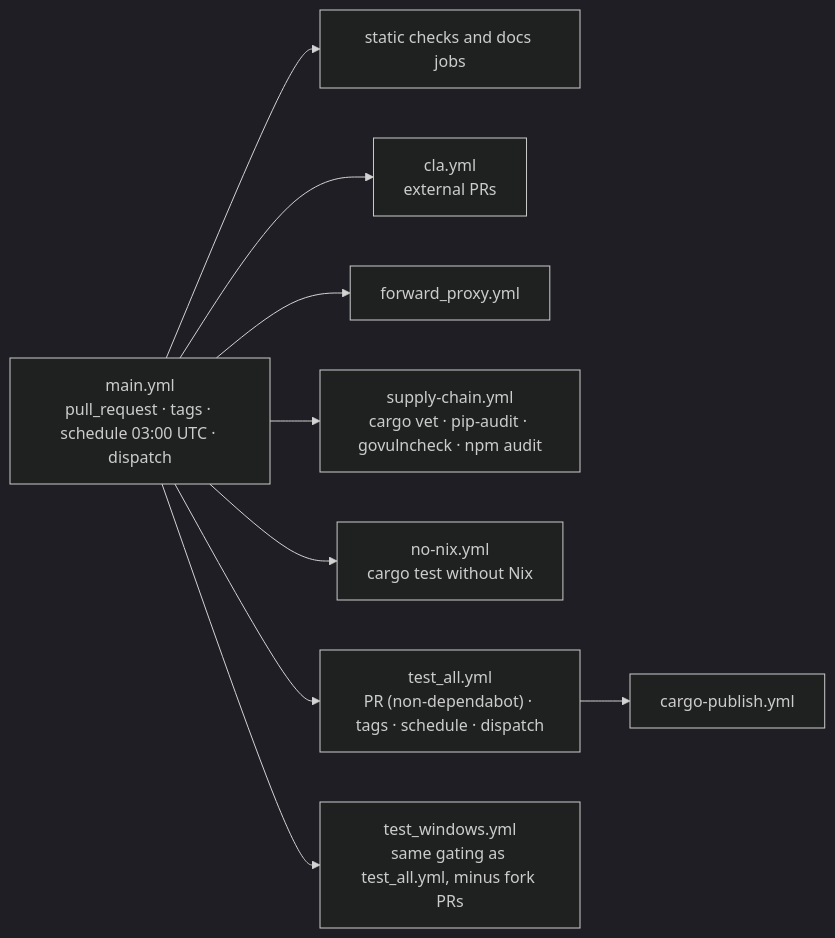
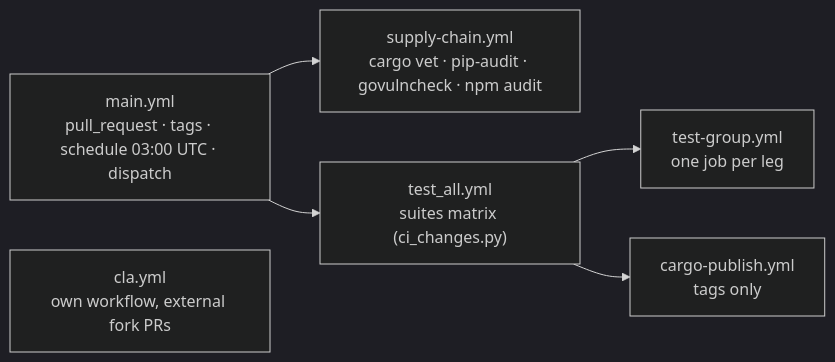
One commit to Cosmian/kms changed the first of 3 diagrams in .github/workflows/README_main.md. Above: the diagram before and after it, drawn with Mermaid (dark theme). The commit also changed other lines of this file and 19 other files, not shown here.

First line of the commit message:
ci: run every unit as a leg of one test-suites matrix, selected by ci-paths.toml

````diff
--- a/.github/workflows/README_main.md
+++ b/.github/workflows/README_main.md
@@ -18,15 +18,12 @@
 ```mermaid
 flowchart LR
     Main["main.yml<br/>pull_request · tags · schedule 03:00 UTC · dispatch"]
-    Static["static checks and docs jobs"]
-    Cla["cla.yml<br/>external PRs"]
-    Proxy["forward_proxy.yml"]
+    Cla["cla.yml<br/>own workflow, external fork PRs"]
     Supply["supply-chain.yml<br/>cargo vet · pip-audit · govulncheck · npm audit"]
-    NoNixWf["no-nix.yml<br/>cargo test without Nix"]
-    TestAll["test_all.yml<br/>PR (non-dependabot) · tags · schedule · dispatch"]
-    Win["test_windows.yml<br/>same gating as test_all.yml, minus fork PRs"]
-    Pub["cargo-publish.yml"]
-    Main --> Static
-    Main --> Cla & Supply & NoNixWf & Proxy & Win & TestAll
+    TestAll["test_all.yml<br/>suites matrix (ci_changes.py)"]
+    Group["test-group.yml<br/>one job per leg"]
+    Pub["cargo-publish.yml<br/>tags only"]
+    Main --> Supply & TestAll
+    TestAll --> Group
     TestAll --> Pub
 ```
````
